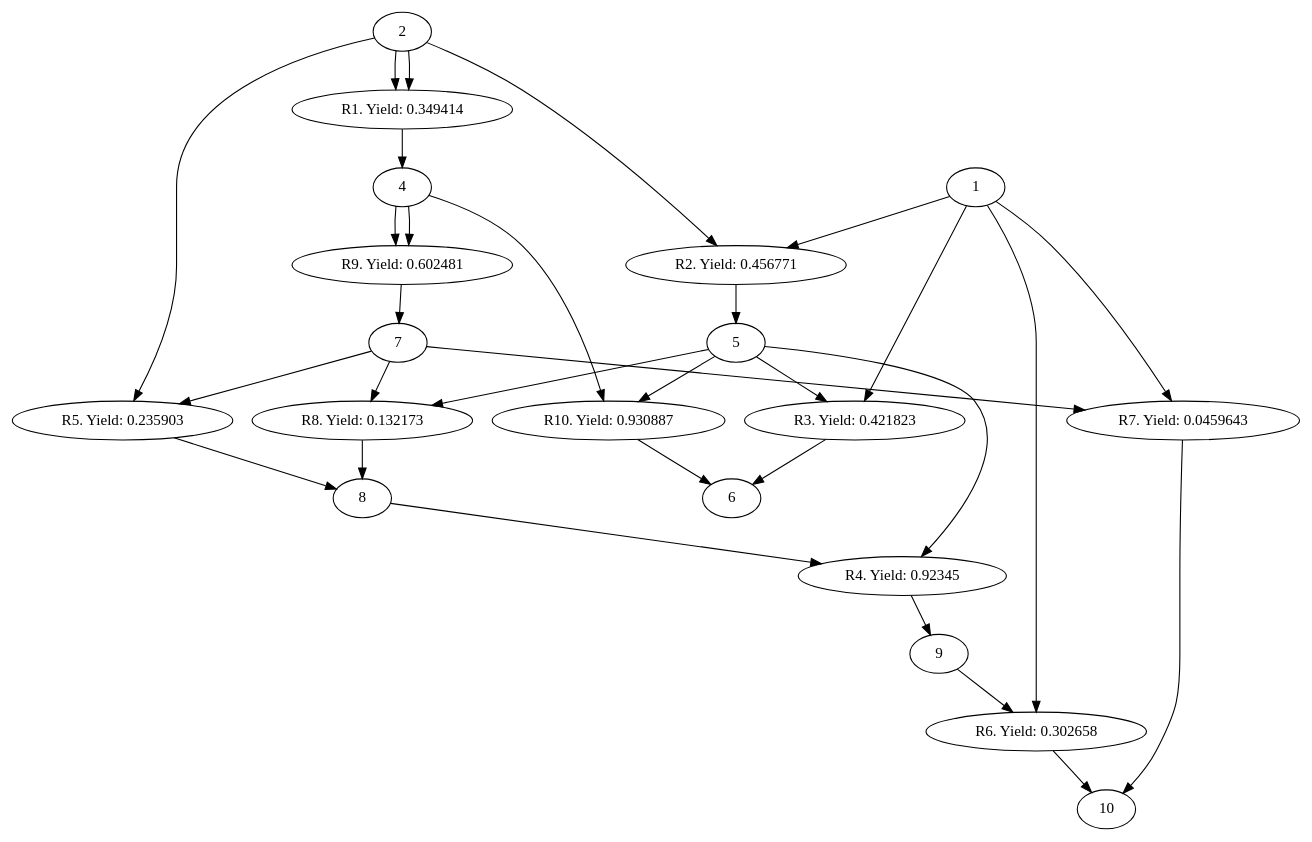
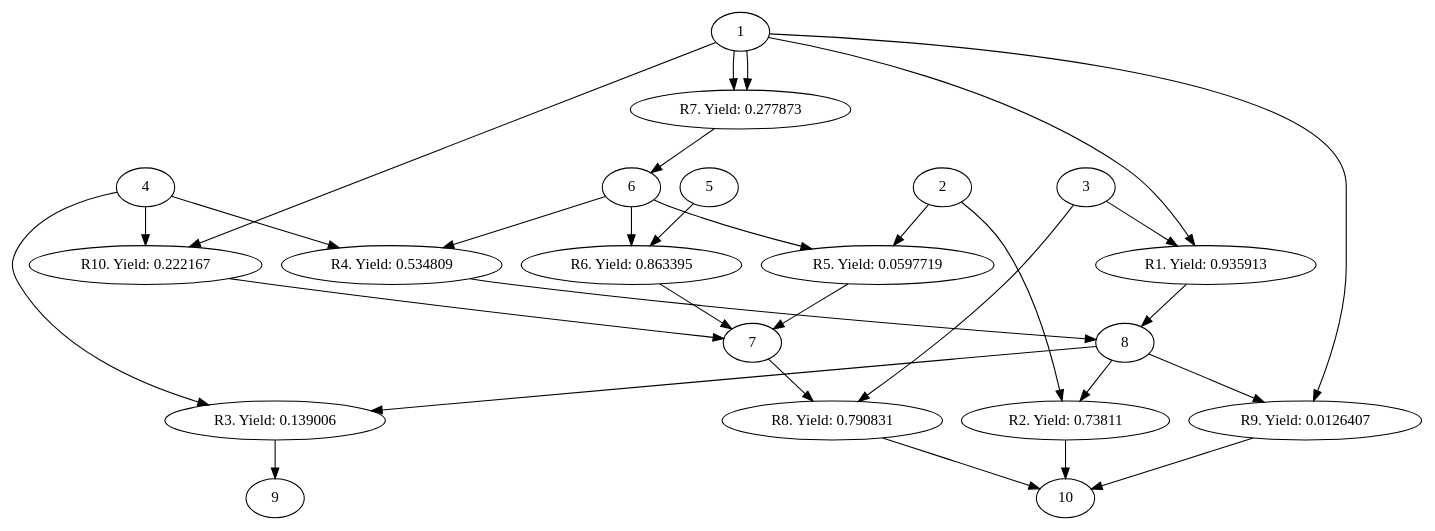
Before and after one commit to hschu12/Speciale: the diagram in src/Graph.gv, drawn with Graphviz. The commit also changed 7 other files, not shown here.

```diff
--- a/src/Graph.gv
+++ b/src/Graph.gv
@@ -1,44 +1,44 @@
 digraph G { 
 {
-	R1 [label = "R1. Yield: 0.349414"]
-	R2 [label = "R2. Yield: 0.456771"]
-	R3 [label = "R3. Yield: 0.421823"]
-	R4 [label = "R4. Yield: 0.92345"]
-	R5 [label = "R5. Yield: 0.235903"]
-	R6 [label = "R6. Yield: 0.302658"]
-	R7 [label = "R7. Yield: 0.0459643"]
-	R8 [label = "R8. Yield: 0.132173"]
-	R9 [label = "R9. Yield: 0.602481"]
-	R10 [label = "R10. Yield: 0.930887"]
+	R1 [label = "R1. Yield: 0.935913"]
+	R2 [label = "R2. Yield: 0.73811"]
+	R3 [label = "R3. Yield: 0.139006"]
+	R4 [label = "R4. Yield: 0.534809"]
+	R5 [label = "R5. Yield: 0.0597719"]
+	R6 [label = "R6. Yield: 0.863395"]
+	R7 [label = "R7. Yield: 0.277873"]
+	R8 [label = "R8. Yield: 0.790831"]
+	R9 [label = "R9. Yield: 0.0126407"]
+	R10 [label = "R10. Yield: 0.222167"]
 }
-	R1 -> 4;
-	2 -> R1;
-	2 -> R1;
-	R2 -> 5;
+	R1 -> 8;
+	3 -> R1;
+	1 -> R1;
+	R2 -> 10;
+	8 -> R2;
 	2 -> R2;
-	1 -> R2;
-	R3 -> 6;
-	5 -> R3;
-	1 -> R3;
-	R4 -> 9;
-	5 -> R4;
-	8 -> R4;
-	R5 -> 8;
+	R3 -> 9;
+	4 -> R3;
+	8 -> R3;
+	R4 -> 8;
+	6 -> R4;
+	4 -> R4;
+	R5 -> 7;
+	6 -> R5;
 	2 -> R5;
-	7 -> R5;
-	R6 -> 10;
-	9 -> R6;
-	1 -> R6;
-	R7 -> 10;
+	R6 -> 7;
+	5 -> R6;
+	6 -> R6;
+	R7 -> 6;
 	1 -> R7;
-	7 -> R7;
-	R8 -> 8;
+	1 -> R7;
+	R8 -> 10;
 	7 -> R8;
-	5 -> R8;
-	R9 -> 7;
-	4 -> R9;
-	4 -> R9;
-	R10 -> 6;
+	3 -> R8;
+	R9 -> 10;
+	8 -> R9;
+	1 -> R9;
+	R10 -> 7;
 	4 -> R10;
-	5 -> R10;
+	1 -> R10;
 }
```
